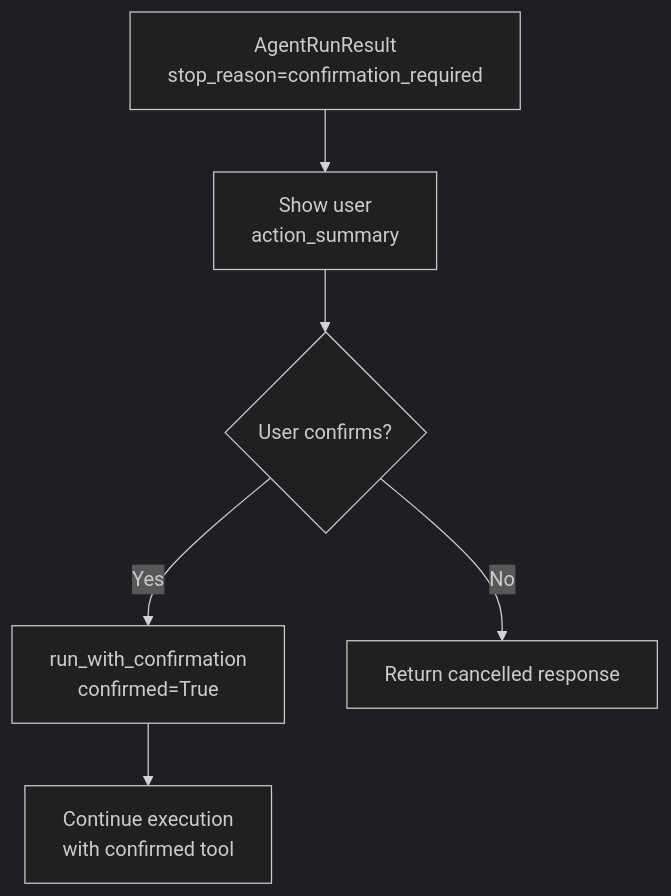
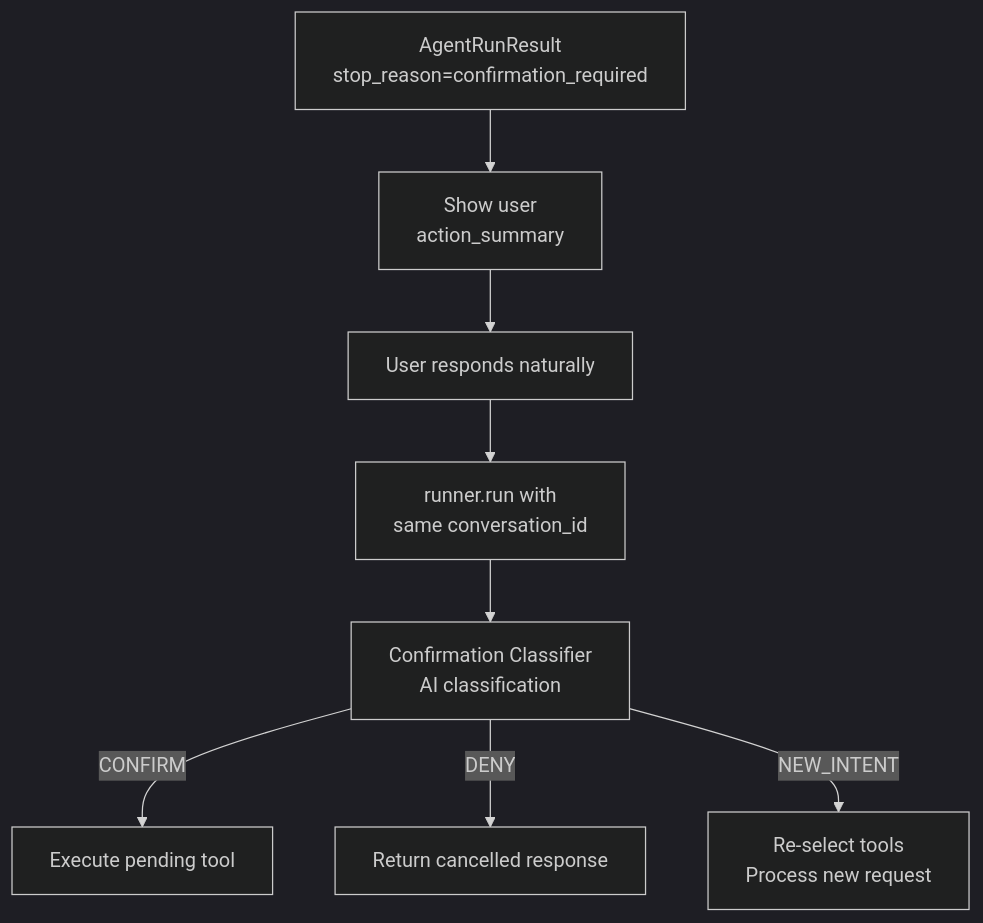
One commit to oliverking2/PersonalAIAutomation changed the second of 2 diagrams in README.md. Above: the diagram before and after it, drawn with Mermaid (dark theme). The commit also changed other lines of this file and 13 other files, not shown here.

````diff
--- a/README.md
+++ b/README.md
@@ -401,8 +413,10 @@
 ```mermaid
 flowchart TD
     A[AgentRunResult<br/>stop_reason=confirmation_required] --> B[Show user<br/>action_summary]
-    B --> C{User confirms?}
-    C -->|Yes| D[run_with_confirmation<br/>confirmed=True]
-    C -->|No| E[Return cancelled response]
-    D --> F[Continue execution<br/>with confirmed tool]
+    B --> C[User responds naturally]
+    C --> D[runner.run with<br/>same conversation_id]
+    D --> E[Confirmation Classifier<br/>AI classification]
+    E -->|CONFIRM| F[Execute pending tool]
+    E -->|DENY| G[Return cancelled response]
+    E -->|NEW_INTENT| H[Re-select tools<br/>Process new request]
 ```
````
